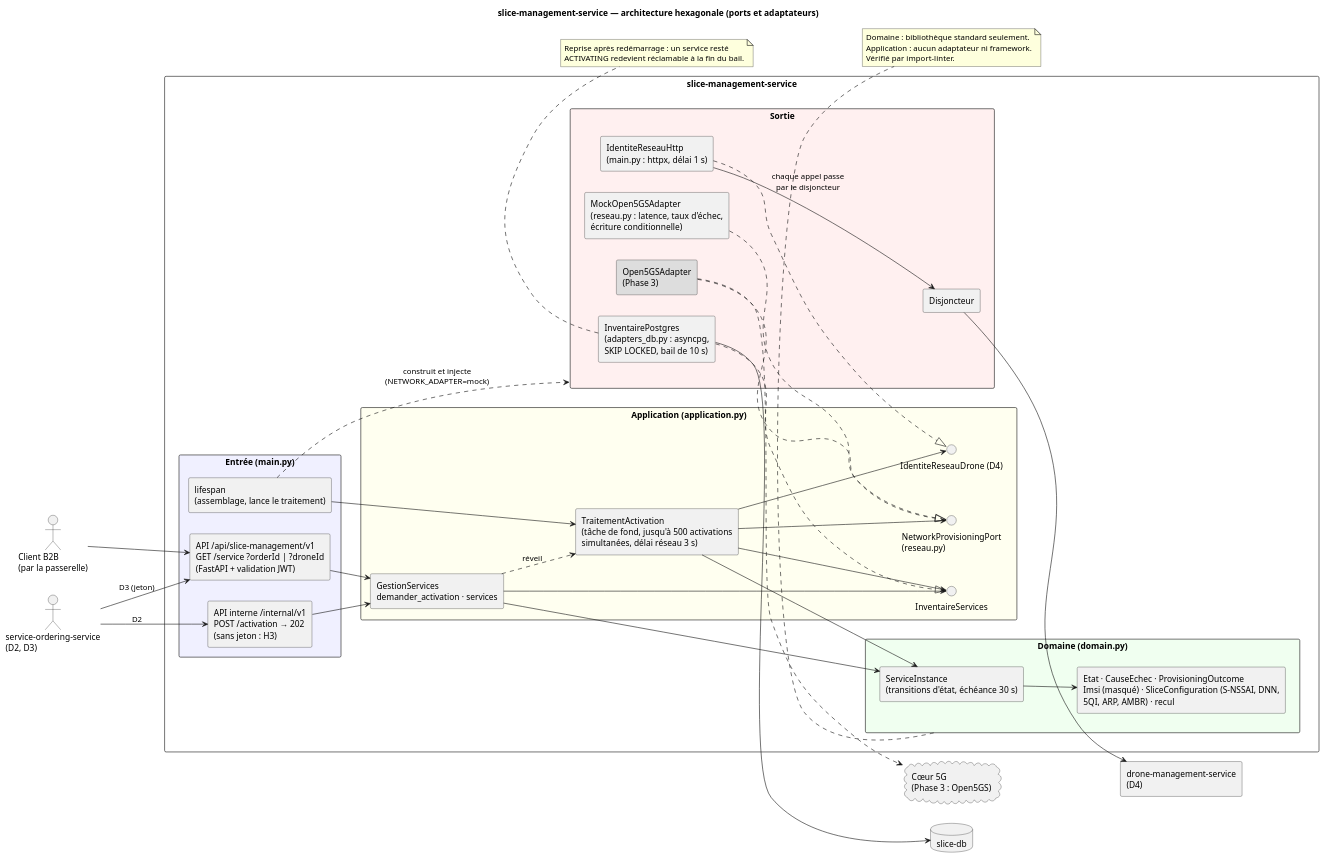
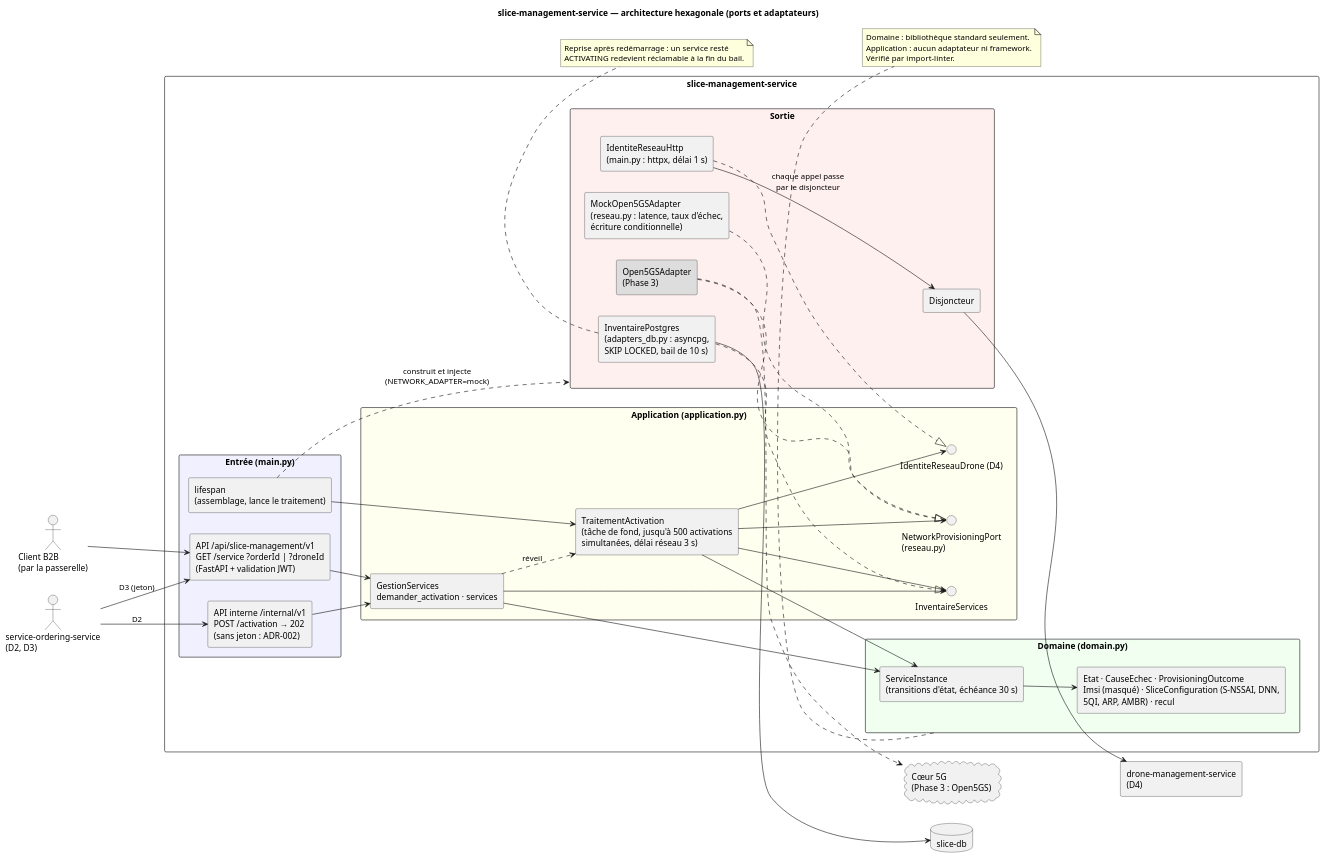
Before and after one commit to COGvc/LOG430-Projet2: the diagram in docs/diagrams/hexa-slice-service.puml, drawn with PlantUML. The commit also changed 28 other files, not shown here.

```diff
--- a/docs/diagrams/hexa-slice-service.puml
+++ b/docs/diagrams/hexa-slice-service.puml
@@ -1,77 +1,77 @@
 @startuml hexa-slice-service
 title slice-management-service — architecture hexagonale (ports et adaptateurs)
 left to right direction
 skinparam componentStyle rectangle
 skinparam packageStyle rectangle
 
 actor "service-ordering-service\n(D2, D3)" as Ordering
 actor "Client B2B\n(par la passerelle)" as Client
 database "slice-db" as DB
 component "drone-management-service\n(D4)" as Drone
 cloud "Cœur 5G\n(Phase 3 : Open5GS)" as Core
 
 package "slice-management-service" {
   package "Entrée (main.py)" as IN #F0F0FF {
     component "API /api/slice-management/v1\nGET /service ?orderId | ?droneId\n(FastAPI + validation JWT)" as HttpPub
-    component "API interne /internal/v1\nPOST /activation → 202\n(sans jeton : H3)" as HttpInt
+    component "API interne /internal/v1\nPOST /activation → 202\n(sans jeton : ADR-002)" as HttpInt
     component "lifespan\n(assemblage, lance le traitement)" as Boot
   }
   package "Application (application.py)" as APP #FFFFF0 {
     component "GestionServices\ndemander_activation · services" as UcGest
     component "TraitementActivation\n(tâche de fond, jusqu'à 500 activations\nsimultanées, délai réseau 3 s)" as UcAct
     interface "InventaireServices" as PRepo
     interface "IdentiteReseauDrone (D4)" as PId
     interface "NetworkProvisioningPort\n(reseau.py)" as PNet
   }
   package "Domaine (domain.py)" as DOM #F0FFF0 {
     component "ServiceInstance\n(transitions d'état, échéance 30 s)" as Ent
     component "Etat · CauseEchec · ProvisioningOutcome\nImsi (masqué) · SliceConfiguration (S-NSSAI, DNN,\n5QI, ARP, AMBR) · recul" as VO
   }
   package "Sortie" as OUT #FFF0F0 {
     component "InventairePostgres\n(adapters_db.py : asyncpg,\nSKIP LOCKED, bail de 10 s)" as ARepo
     component "Disjoncteur" as CB
     component "IdentiteReseauHttp\n(main.py : httpx, délai 1 s)" as AId
     component "MockOpen5GSAdapter\n(reseau.py : latence, taux d'échec,\nécriture conditionnelle)" as AMock
     component "Open5GSAdapter\n(Phase 3)" as AReal #DDDDDD
   }
 }
 
 Client --> HttpPub
 Ordering --> HttpInt : D2
 Ordering --> HttpPub : D3 (jeton)
 
 HttpPub --> UcGest
 HttpInt --> UcGest
 Boot --> UcAct
 Boot ..> OUT : construit et injecte\n(NETWORK_ADAPTER=mock)
 
 UcGest --> Ent
 UcAct --> Ent
 Ent --> VO
 
 UcGest --> PRepo
 UcGest ..> UcAct : réveil
 UcAct --> PRepo
 UcAct --> PId
 UcAct --> PNet
 
 ARepo ..|> PRepo
 AId ..|> PId
 AId --> CB : chaque appel passe\npar le disjoncteur
 AMock ..|> PNet
 AReal ..|> PNet
 
 ARepo --> DB
 CB --> Drone
 AReal ..> Core
 
 note bottom of DOM
   Domaine : bibliothèque standard seulement.
   Application : aucun adaptateur ni framework.
   Vérifié par import-linter.
 end note
 note bottom of ARepo
   Reprise après redémarrage : un service resté
   ACTIVATING redevient réclamable à la fin du bail.
 end note
 @enduml
```
